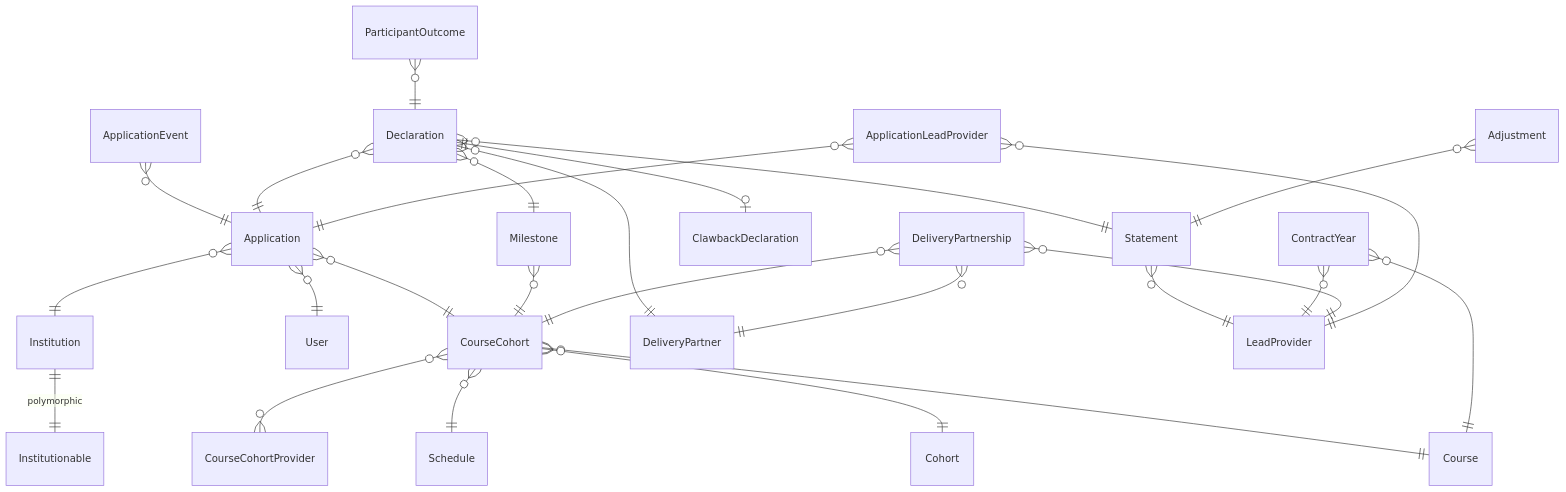
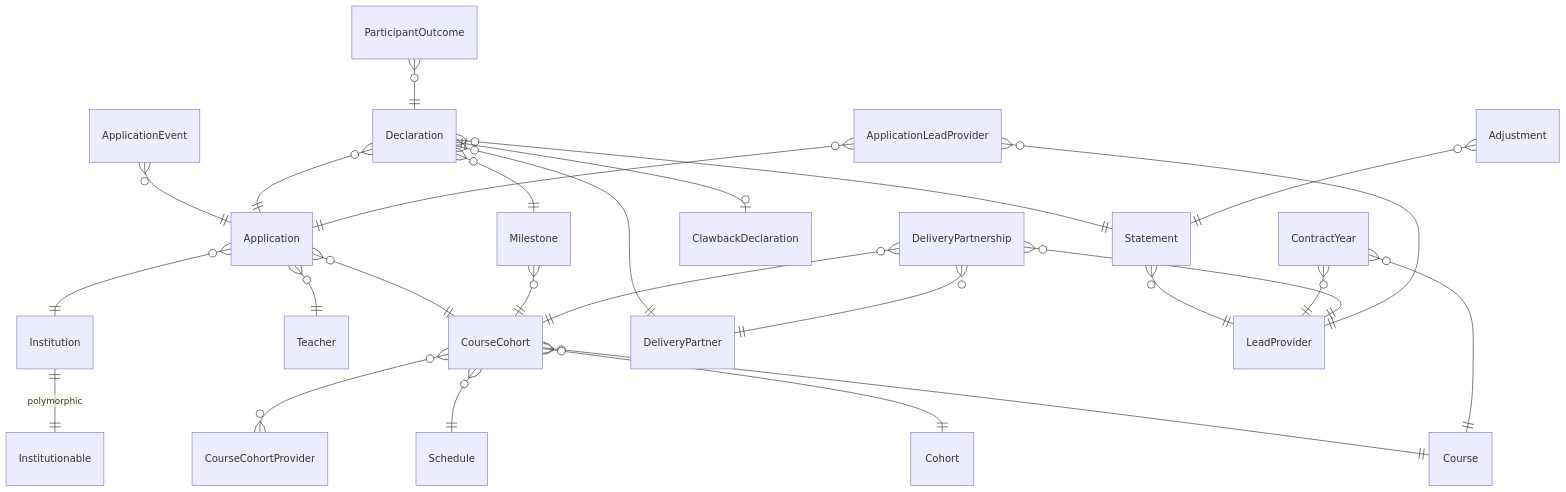
One commit to DFE-Digital/teacher-training-entitlement changed the diagram in documentation/data.md. Above: the diagram before and after it, drawn with Mermaid. The commit also changed other lines of this file and 12 other files, not shown here.

Commit message:
Update docs for the User to Teacher rename

````diff
--- a/documentation/data.md
+++ b/documentation/data.md
@@ -94,32 +94,32 @@
 ```mermaid
 erDiagram
   ApplicationEvent }o--|| Application : ""
   CourseCohort }o--|| Course : ""
   CourseCohort }o--|| Cohort : ""
   CourseCohort }o--|| Schedule : ""
   CourseCohort }o--o{ CourseCohortProvider : ""
   Application }o--|| CourseCohort : ""
-  Application }o--|| User : ""
+  Application }o--|| Teacher : ""
   Application }o--|| Institution : ""
 
   Declaration }o--|| Application : ""
   Declaration }o--|| Milestone : ""
   Declaration }o--|| Statement : ""
   Declaration }o--|| DeliveryPartner : ""
   Declaration ||--o| ClawbackDeclaration : ""
   Milestone }o--|| CourseCohort : ""
   Statement }o--|| LeadProvider : ""
   Adjustment }o--|| Statement : ""
   ParticipantOutcome }o--|| Declaration : ""
 
   ContractYear }o--|| LeadProvider : ""
   ContractYear }o--|| Course : ""
   DeliveryPartnership }o--|| CourseCohort : ""
   DeliveryPartnership }o--|| LeadProvider : ""
   DeliveryPartnership }o--|| DeliveryPartner : ""
 
   ApplicationLeadProvider }o--|| Application : ""
   ApplicationLeadProvider }o--|| LeadProvider : ""
 
   Institution ||--|| Institutionable : polymorphic
 ```
````
